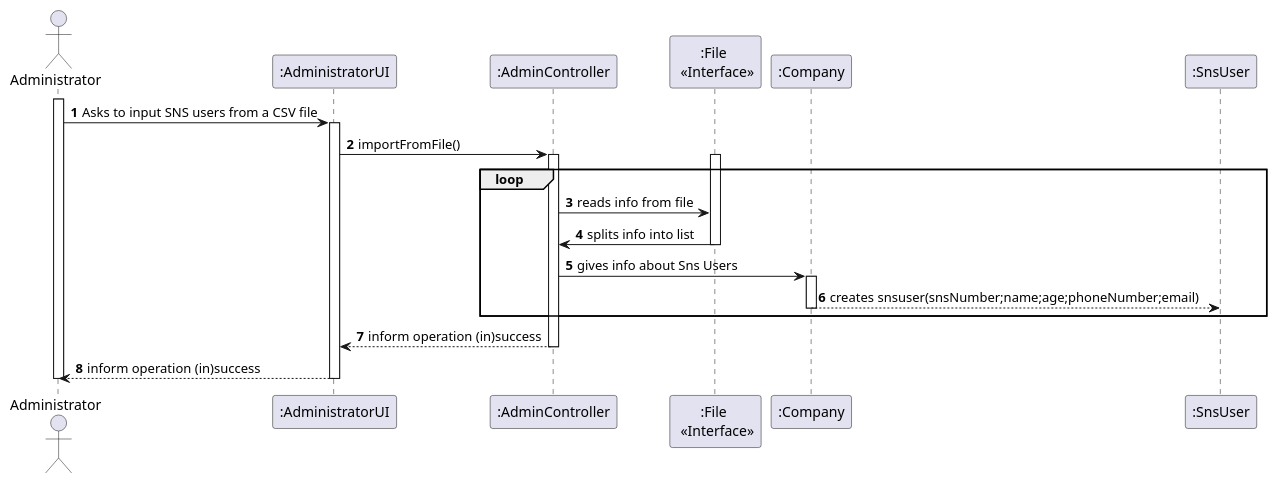
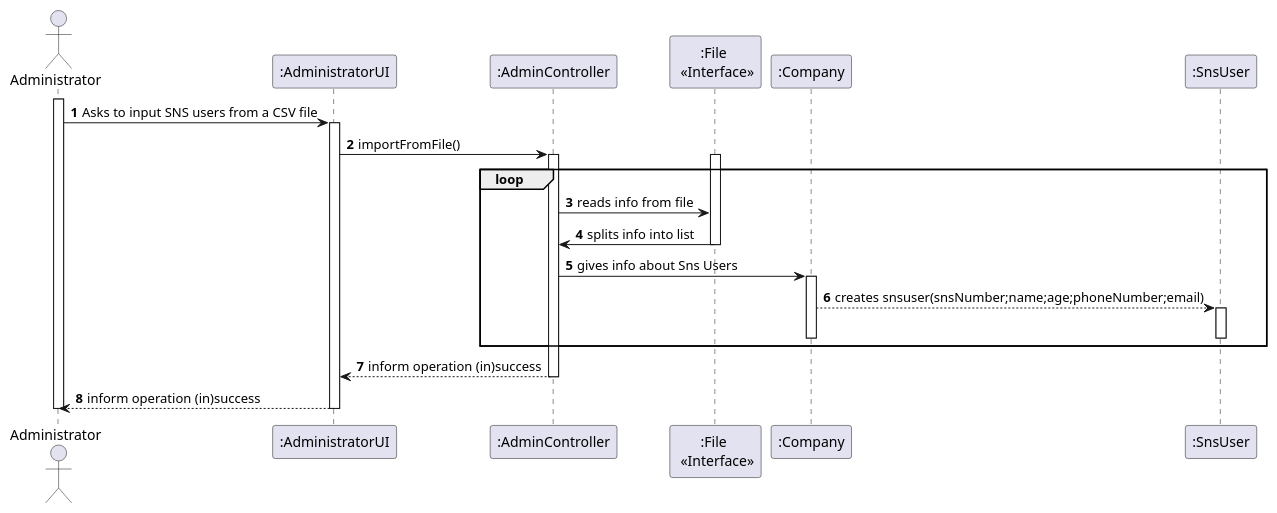
Before and after one commit to Norton1337/LAPR2_2122: the diagram in docs/SprintC/US14/US14_SD.puml, drawn with PlantUML.

Commit message:
activate user

```diff
--- a/docs/SprintC/US14/US14_SD.puml
+++ b/docs/SprintC/US14/US14_SD.puml
@@ -1,36 +1,38 @@
 @startuml
 autonumber
 
 actor "Administrator" as ADM
 
 participant ":AdministratorUI" as UI
 participant ":AdminController" as CTRL
 participant ":File \n <<Interface>>" as FILE
 participant ":Company" as ORG
 participant ":SnsUser" as USER
 
 
 activate ADM
 ADM -> UI :Asks to input SNS users from a CSV file
 activate UI
 UI -> CTRL: importFromFile()
 activate CTRL
  loop
 activate FILE
 CTRL -> FILE: reads info from file
 FILE -> CTRL: splits info into list
 deactivate FILE
 CTRL -> ORG: gives info about Sns Users
 activate ORG
 ORG --> USER:creates snsuser(snsNumber;name;age;phoneNumber;email)
+activate USER
+deactivate USER
 deactivate ORG
 end loop
 CTRL --> UI: inform operation (in)success
 deactivate CTRL
 UI --> ADM: inform operation (in)success
 deactivate UI
 
 deactivate ADM
 
 
 @enduml
```
